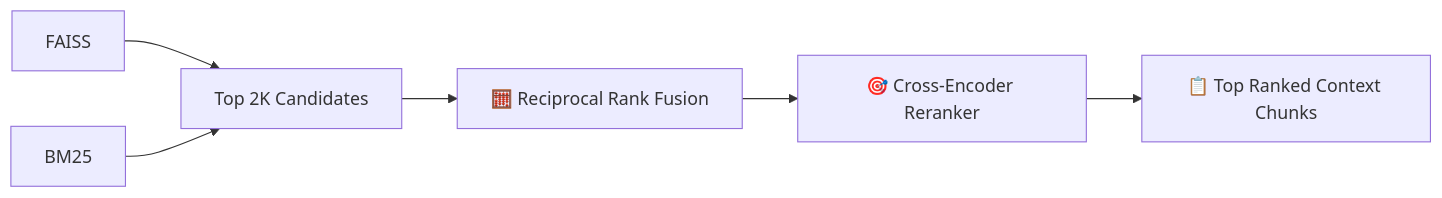
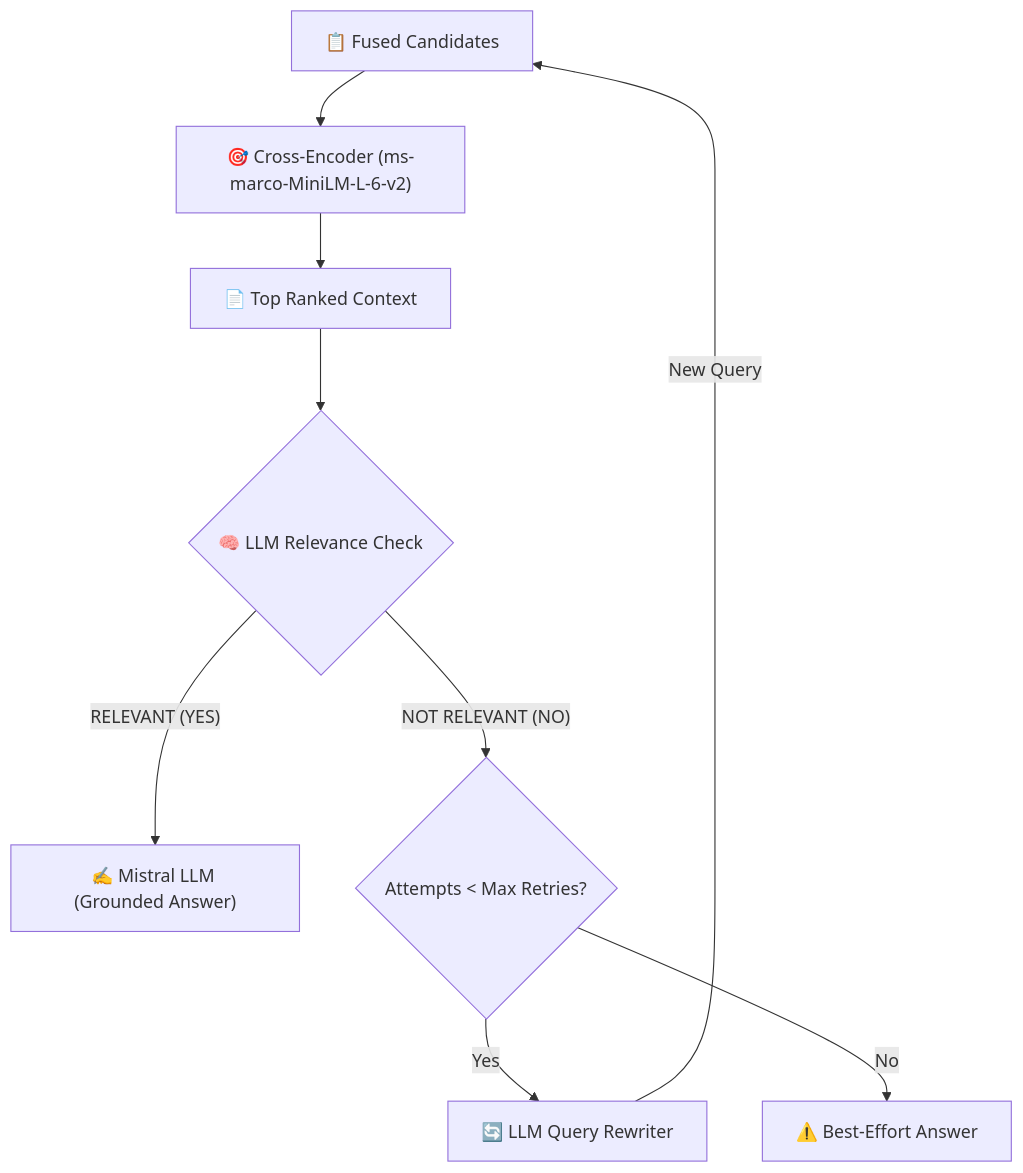
One commit to niravrupapara/TriRAG changed the third of 4 diagrams in README.md. Above: the diagram before and after it, drawn with Mermaid. The commit also changed other lines of this file, not shown here.

Commit message:
docs: update README with Agentic Corrective RAG architecture, RRF fusion, and Ragas evaluation

````diff
--- a/README.md
+++ b/README.md
@@ -47,7 +54,11 @@
 ```mermaid
-flowchart LR
-    FAISS & BM25 --> Candidates["Top 2K Candidates"]
-    Candidates --> RRF["🧮 Reciprocal Rank Fusion"]
-    RRF --> CrossEncoder["🎯 Cross-Encoder Reranker"]
-    CrossEncoder --> Context["📋 Top Ranked Context Chunks"]
+flowchart TD
+    Candidates["📋 Fused Candidates"] --> Reranker["🎯 Cross-Encoder (ms-marco-MiniLM-L-6-v2)"]
+    Reranker --> Context["📄 Top Ranked Context"]
+    Context --> RelevanceCheck{"🧠 LLM Relevance Check"}
+    RelevanceCheck -->|"RELEVANT (YES)"| Generator["✍️ Mistral LLM (Grounded Answer)"]
+    RelevanceCheck -->|"NOT RELEVANT (NO)"| RewriteCheck{"Attempts < Max Retries?"}
+    RewriteCheck -->|"Yes"| Rewriter["🔄 LLM Query Rewriter"]
+    Rewriter -->|"New Query"| Candidates
+    RewriteCheck -->|"No"| Fallback["⚠️ Best-Effort Answer"]
 ```
````
